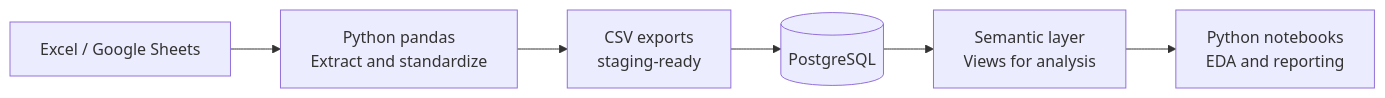
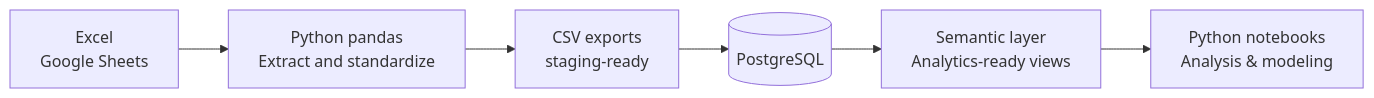
Before and after one commit to ivvza-io/sql-analytics-case-study: the diagram in README.md, drawn with Mermaid. The commit also changed other lines of this file and 2 other files, not shown here.

````diff
--- a/README.md
+++ b/README.md
@@ -225,8 +100,8 @@
 ```mermaid
 flowchart LR
-  A[Excel / Google Sheets] --> B[Python pandas<br/>Extract and standardize]
+  A[Excel<br/>Google Sheets] --> B[Python pandas<br/>Extract and standardize]
   B --> C[CSV exports<br/>staging-ready]
   C --> D[(PostgreSQL)]
-  D --> E[Semantic layer<br/>Views for analysis]
-  E --> F[Python notebooks<br/>EDA and reporting]
+  D --> E[Semantic layer<br/>Analytics-ready views]
+  E --> F[Python notebooks<br/>Analysis & modeling]
 ```
````
